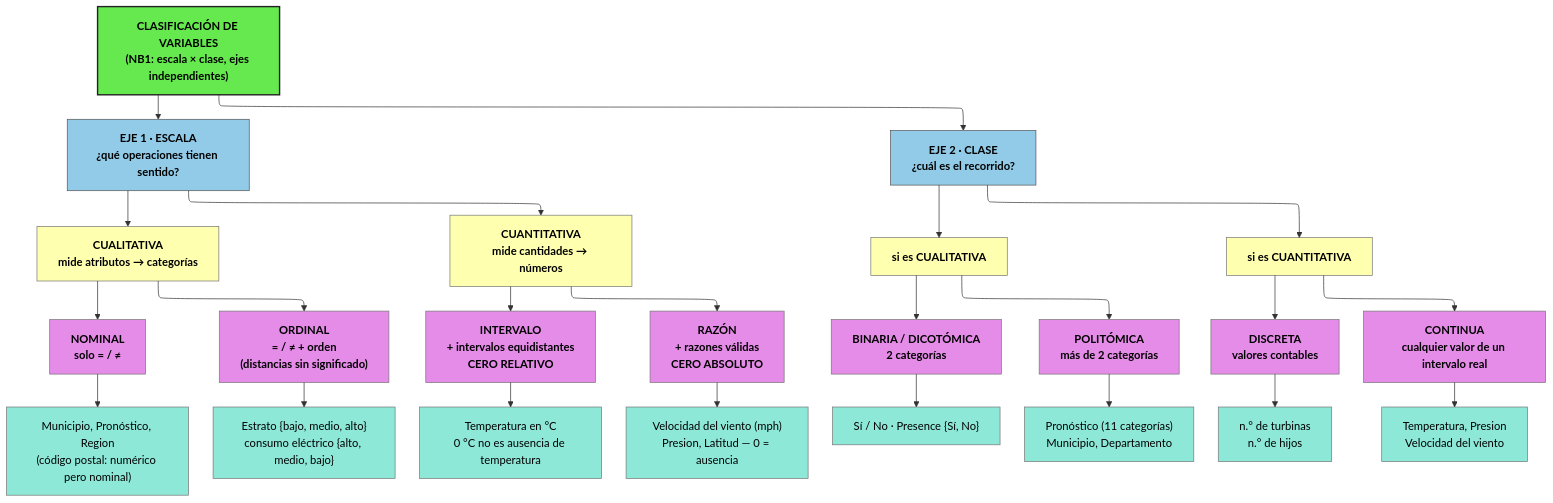
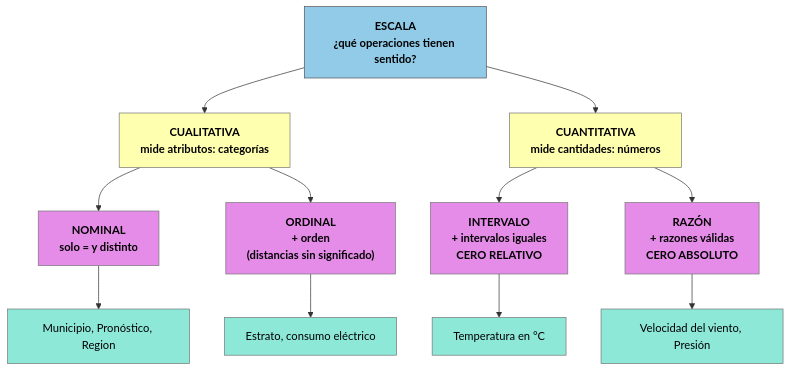
One commit to Over-HCV/SDA changed the first of 2 diagrams in learn/workshops/taller-01/taller-01.qmd. Above: the diagram before and after it, drawn with Mermaid. The commit also changed other lines of this file and 18 other files, not shown here.

````diff
--- a/learn/workshops/taller-01/taller-01.qmd
+++ b/learn/workshops/taller-01/taller-01.qmd
@@ -230,53 +127,30 @@
 ```{mermaid}
----
-config:
-  layout: elk
-  theme: default
----
+%%| echo: false
+%%| fig-cap: "Eje 1 — escala de medición: niveles acumulativos; cada uno hereda las propiedades del anterior."
+%%| fig-width: 5.2
 flowchart TD
-    V["CLASIFICACIÓN DE VARIABLES<br/>(NB1: escala × clase, ejes independientes)"]
+    V["ESCALA<br/>¿qué operaciones tienen sentido?"]
 
-    V --> ESC["EJE 1 · ESCALA<br/>¿qué operaciones tienen sentido?"]
-    V --> CLA["EJE 2 · CLASE<br/>¿cuál es el recorrido?"]
+    V --> CUAL["CUALITATIVA<br/>mide atributos: categorías"]
+    V --> CUAN["CUANTITATIVA<br/>mide cantidades: números"]
 
-    %% ================= EJE 1: ESCALA =================
-    ESC --> CUAL["CUALITATIVA<br/>mide atributos → categorías"]
-    ESC --> CUAN["CUANTITATIVA<br/>mide cantidades → números"]
-
-    CUAL --> NOM["NOMINAL<br/>solo = / ≠"]
-    CUAL --> ORD["ORDINAL<br/>= / ≠ + orden<br/>(distancias sin significado)"]
-    CUAN --> INT["INTERVALO<br/>+ intervalos equidistantes<br/>CERO RELATIVO"]
+    CUAL --> NOM["NOMINAL<br/>solo = y distinto"]
+    CUAL --> ORD["ORDINAL<br/>+ orden<br/>(distancias sin significado)"]
+    CUAN --> INT["INTERVALO<br/>+ intervalos iguales<br/>CERO RELATIVO"]
     CUAN --> RAZ["RAZÓN<br/>+ razones válidas<br/>CERO ABSOLUTO"]
 
-    NOM --> NOME["Municipio, Pronóstico, Region<br/>(código postal: numérico pero nominal)"]
-    ORD --> ORDE["Estrato {bajo, medio, alto}<br/>consumo eléctrico {alto, medio, bajo}"]
-    INT --> INTE["Temperatura en °C<br/>0 °C no es ausencia de temperatura"]
-    RAZ --> RAZE["Velocidad del viento (mph)<br/>Presion, Latitud — 0 = ausencia"]
+    NOM --> NOME["Municipio, Pronóstico, Region"]
+    ORD --> ORDE["Estrato, consumo eléctrico"]
+    INT --> INTE["Temperatura en °C"]
+    RAZ --> RAZE["Velocidad del viento, Presión"]
 
-    %% ================= EJE 2: CLASE =================
-    CLA --> CUAL2["si es CUALITATIVA"]
-    CLA --> CUAN2["si es CUANTITATIVA"]
-
-    CUAL2 --> BIN["BINARIA / DICOTÓMICA<br/>2 categorías"]
-    CUAL2 --> POL["POLITÓMICA<br/>más de 2 categorías"]
-    CUAN2 --> DIS["DISCRETA<br/>valores contables"]
-    CUAN2 --> CON["CONTINUA<br/>cualquier valor de un intervalo real"]
-
-    BIN --> BINE["Sí / No · Presence {Sí, No}"]
-    POL --> POLE["Pronóstico (11 categorías)<br/>Municipio, Departamento"]
-    DIS --> DISE["n.° de turbinas<br/>n.° de hijos"]
-    CON --> CONE["Temperatura, Presion<br/>Velocidad del viento"]
-
-    %% ================= ESTILOS =================
-    classDef raiz fill:#65e94f,stroke:#222,stroke-width:2px,color:#000,font-weight:bold;
     classDef eje fill:#91cbe8,stroke:#555,stroke-width:1px,color:#000,font-weight:bold;
     classDef grupo fill:#ffffb0,stroke:#777,stroke-width:1px,color:#000,font-weight:bold;
     classDef tipo fill:#e58be8,stroke:#777,stroke-width:1px,color:#000,font-weight:bold;
     classDef ejemplo fill:#8de8d8,stroke:#777,stroke-width:1px,color:#000;
 
-    class V raiz;
-    class ESC,CLA eje;
-    class CUAL,CUAN,CUAL2,CUAN2 grupo;
-    class NOM,ORD,INT,RAZ,BIN,POL,DIS,CON tipo;
-    class NOME,ORDE,INTE,RAZE,BINE,POLE,DISE,CONE ejemplo;
+    class V eje;
+    class CUAL,CUAN grupo;
+    class NOM,ORD,INT,RAZ tipo;
+    class NOME,ORDE,INTE,RAZE ejemplo;
 ```
````
